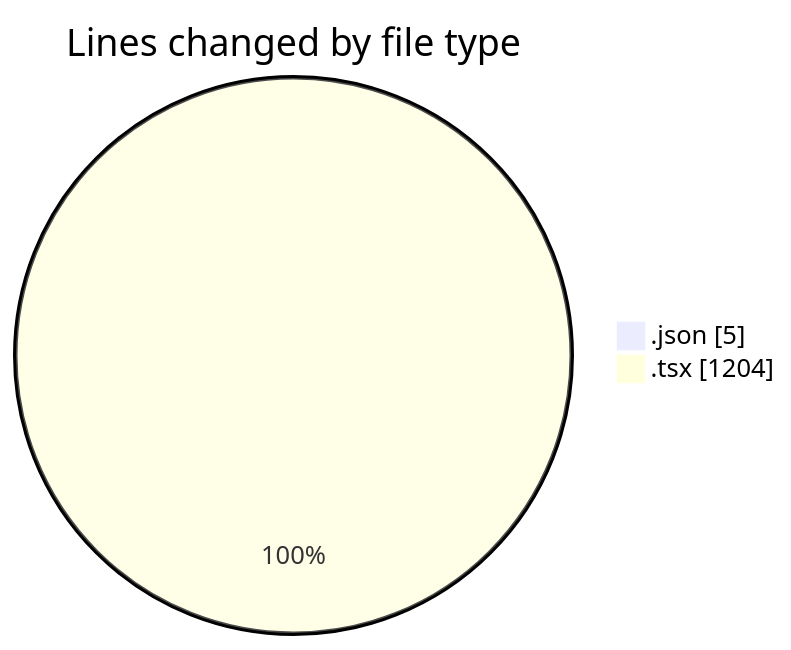
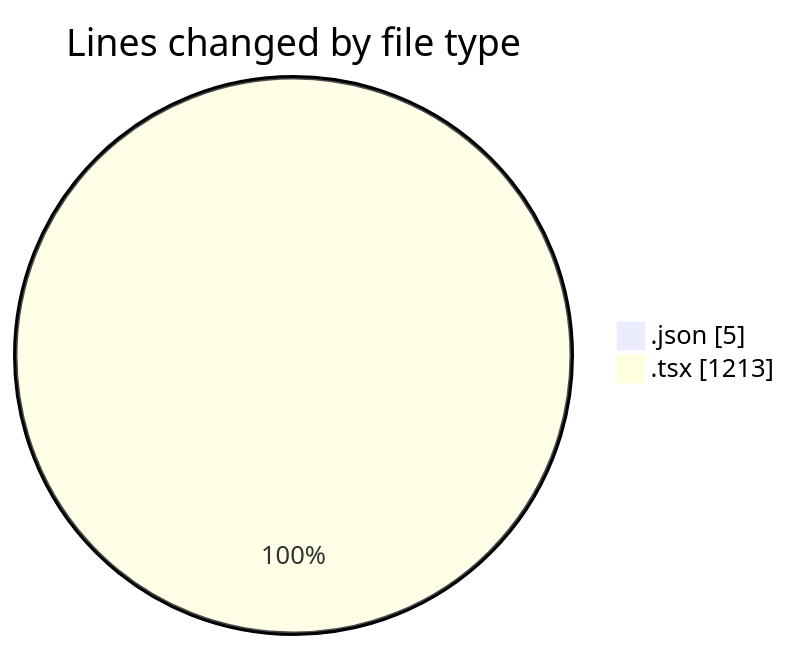
The first of 2 diagrams in 2025-05-29/advertise/README.md (Elitesun/code-tracking), drawn with Mermaid before and after one commit. The commit also changed other lines of this file and 1 other file, not shown here.

````diff
--- a/2025-05-29/advertise/README.md
+++ b/2025-05-29/advertise/README.md
@@ -26,6 +26,6 @@
 ```mermaid
 pie showData
 title Lines changed by file type
 ".json" : 5
-".tsx" : 1204
+".tsx" : 1213
 ```
````
